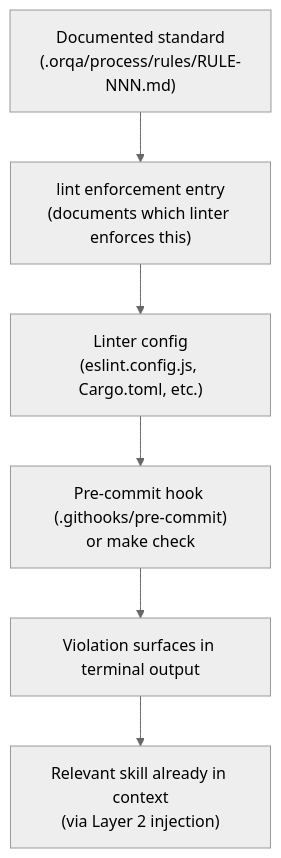
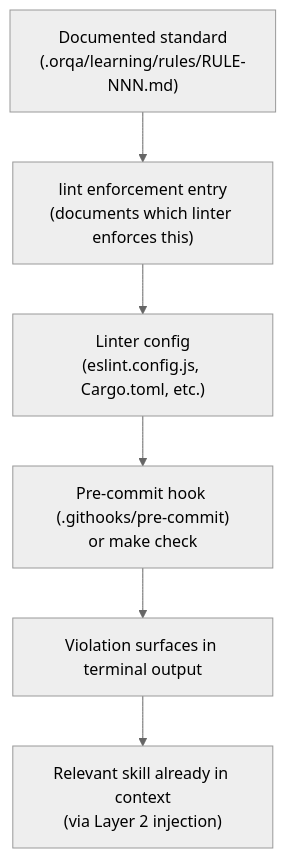
One commit to orqastudio/app changed the second of 3 diagrams in .orqa/documentation/platform/DOC-b11d4f61.md. Above: the diagram before and after it, drawn with Mermaid (neutral theme). The commit also changed other lines of this file and 59 other files, not shown here.

First line of the commit message:
chore: Phase 2 artifact cleanup — architecture doc refresh

````diff
--- a/.orqa/documentation/platform/DOC-b11d4f61.md
+++ b/.orqa/documentation/platform/DOC-b11d4f61.md
@@ -236,15 +236,15 @@
 ```mermaid
 graph TD
-    Rule["Documented standard<br/>(.orqa/process/rules/RULE-NNN.md)"]
+    Rule["Documented standard<br/>(.orqa/learning/rules/RULE-NNN.md)"]
     Lint["lint enforcement entry<br/>(documents which linter enforces this)"]
     Config["Linter config<br/>(eslint.config.js, Cargo.toml, etc.)"]
     Hook["Pre-commit hook (.githooks/pre-commit)<br/>or make check"]
     Violation["Violation surfaces in terminal output"]
     Skill["Relevant skill already in context<br/>(via Layer 2 injection)"]
 
     Rule --> Lint
     Lint --> Config
     Config --> Hook
     Hook --> Violation
     Violation --> Skill
 ```
````
